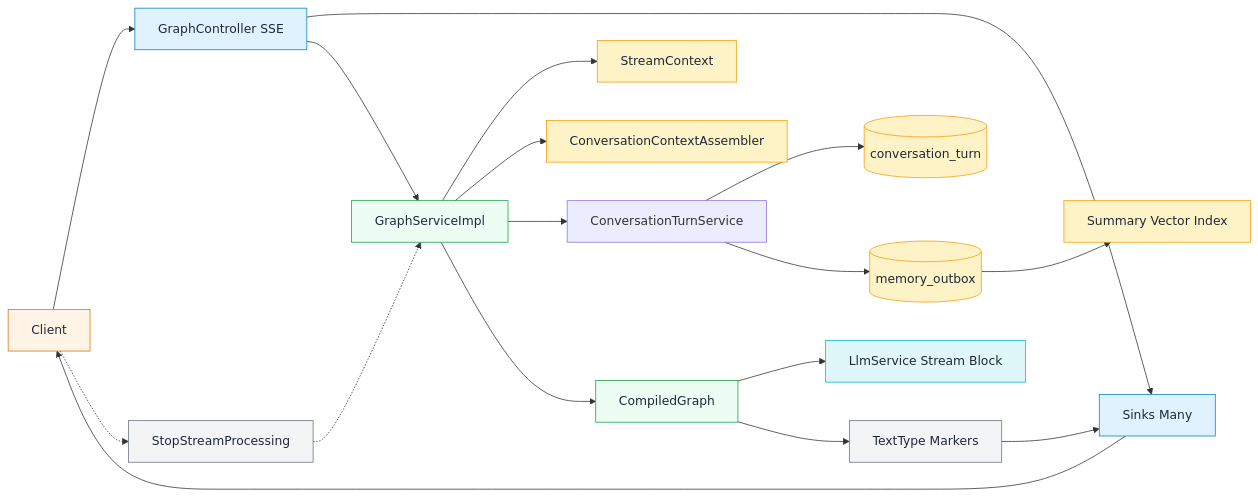
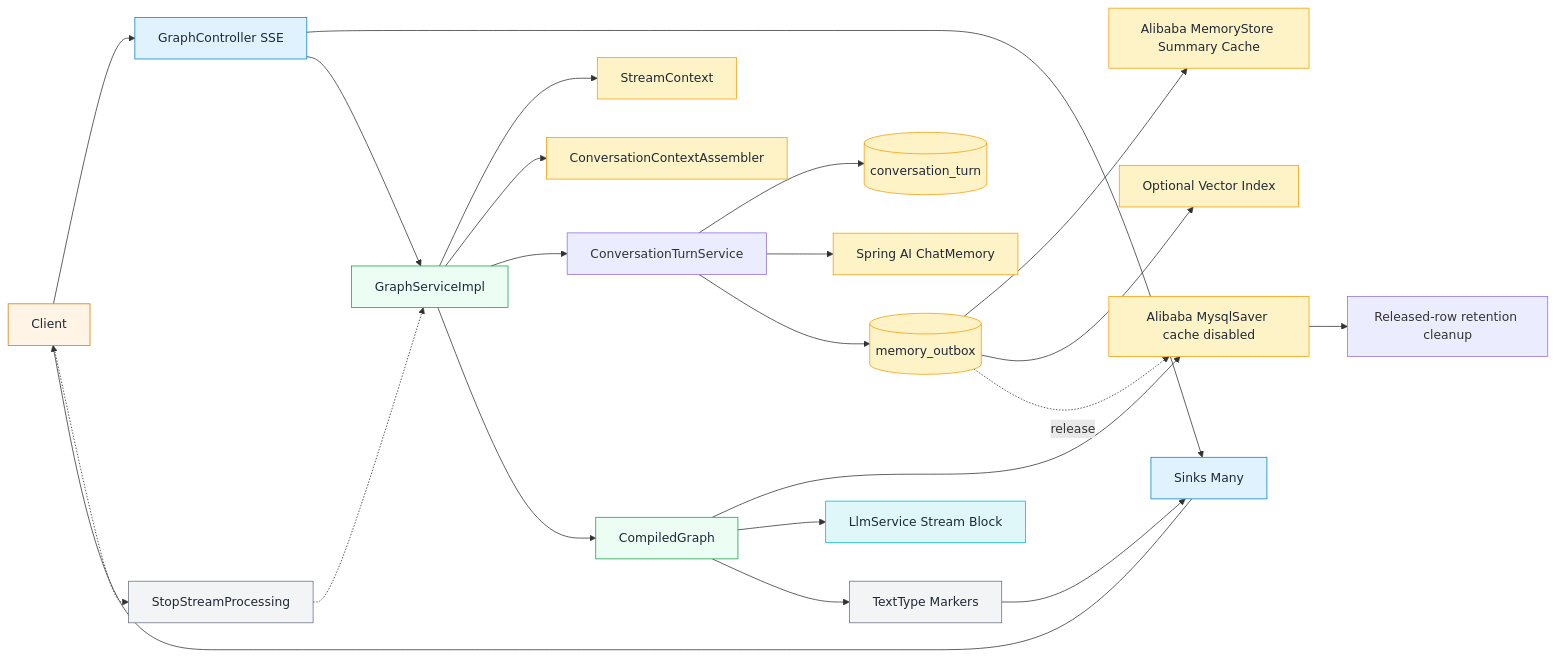
Diagram 11 of 18 in docs/ARCHITECTURE-en.md (spring-ai-alibaba/DataAgent), drawn with Mermaid before and after one commit. The commit also changed other lines of this file and 7 other files, not shown here.

Commit message:
docs: document framework-first memory architecture

````diff
--- a/docs/ARCHITECTURE-en.md
+++ b/docs/ARCHITECTURE-en.md
@@ -475,33 +476,38 @@
 ```mermaid
 flowchart LR
   Client --> SSE[GraphController SSE]
   SSE --> Sink[Sinks Many]
   SSE --> GraphSvc[GraphServiceImpl]
   GraphSvc --> StreamCtx[StreamContext]
   GraphSvc --> Ctx[ConversationContextAssembler]
   GraphSvc --> Turn[ConversationTurnService]
   Turn --> TurnDB[(conversation_turn)]
+  Turn --> ChatMemory[Spring AI ChatMemory]
   Turn --> Outbox[(memory_outbox)]
-  Outbox --> Projection[Summary Vector Index]
+  Outbox --> SummaryStore[Alibaba MemoryStore Summary Cache]
+  Outbox --> Projection[Optional Vector Index]
+  Outbox -. release .-> Checkpoint
+  Checkpoint --> Retention[Released-row retention cleanup]
   GraphSvc --> Graph[CompiledGraph]
+  Graph --> Checkpoint[Alibaba MysqlSaver cache disabled]
   Graph --> LLM[LlmService Stream Block]
   Graph --> TextType[TextType Markers]
   TextType --> Sink
   Sink --> Client
   Client -.-> Stop[StopStreamProcessing]
   Stop -.-> GraphSvc
 
   classDef client fill:#FFF4E6,stroke:#D97706,stroke-width:1px,color:#1F2937;
   classDef api fill:#E0F2FE,stroke:#0284C7,stroke-width:1px,color:#1F2937;
   classDef service fill:#ECFDF3,stroke:#16A34A,stroke-width:1px,color:#1F2937;
   classDef data fill:#FEF3C7,stroke:#F59E0B,stroke-width:1px,color:#1F2937;
   classDef llm fill:#E0F7FA,stroke:#06B6D4,stroke-width:1px,color:#1F2937;
   classDef control fill:#F3F4F6,stroke:#6B7280,stroke-width:1px,color:#1F2937;
 
   class Client client
   class SSE,Sink api
   class GraphSvc,Graph service
-  class StreamCtx,Ctx,TurnDB,Outbox,Projection data
+  class StreamCtx,Ctx,TurnDB,ChatMemory,Outbox,SummaryStore,Projection,Checkpoint data
   class LLM llm
   class TextType,Stop control
 ```
````
